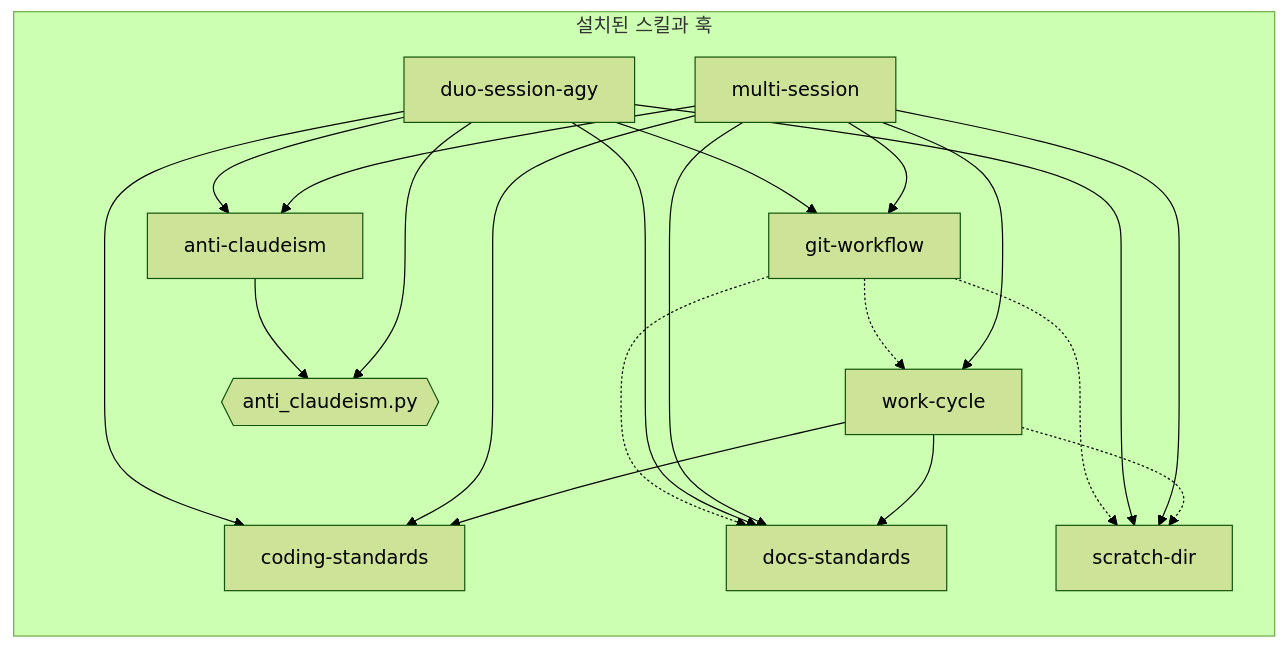
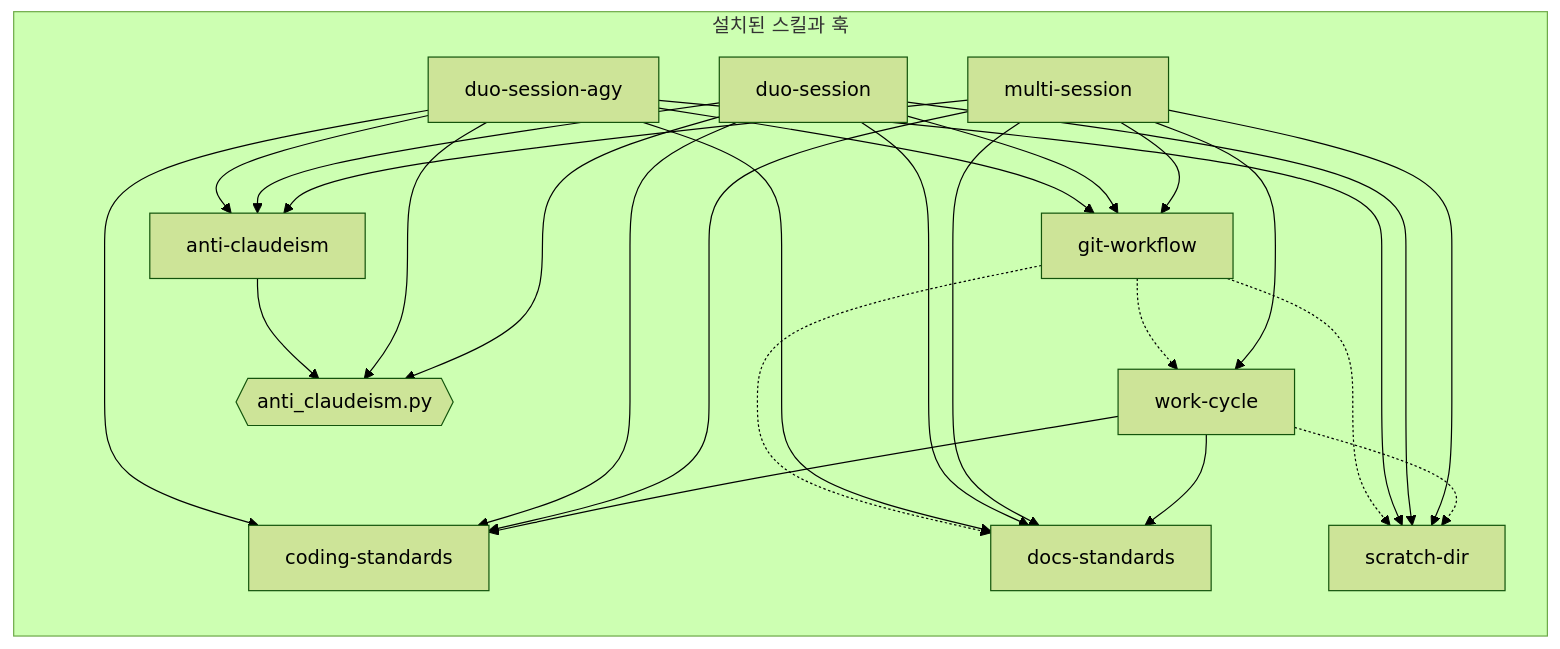
One commit to nil-park/claude-workflow-kit changed the diagram in docs/architecture/component-dependency.md. Above: the diagram before and after it, drawn with Mermaid (forest theme). The commit also changed other lines of this file and 13 other files, not shown here.

First line of the commit message:
feat(duo-session): add duo-session skill over claude-queue (#88)

````diff
--- a/docs/architecture/component-dependency.md
+++ b/docs/architecture/component-dependency.md
@@ -3,34 +3,41 @@
 ```mermaid
 flowchart LR
   subgraph inst["설치된 스킬과 훅"]
     wc["work-cycle"]
     cs["coding-standards"]
     ds["docs-standards"]
     sd["scratch-dir"]
     gw["git-workflow"]
     ac["anti-claudeism"]
     ms["multi-session"]
+    du["duo-session"]
     dua["duo-session-agy"]
     hook{{"anti_claudeism.py"}}
   end
 
   wc --> cs
   wc --> ds
   wc -.-> sd
   ms --> gw
   ms --> wc
   ms --> cs
   ms --> ds
   ms --> ac
   ms --> sd
+  du --> gw
+  du --> cs
+  du --> ds
+  du --> ac
+  du --> sd
+  du --> hook
   dua --> gw
   dua --> cs
   dua --> ds
   dua --> ac
   dua --> sd
   dua --> hook
   gw -.-> wc
   gw -.-> ds
   gw -.-> sd
   ac --> hook
 ```
````
